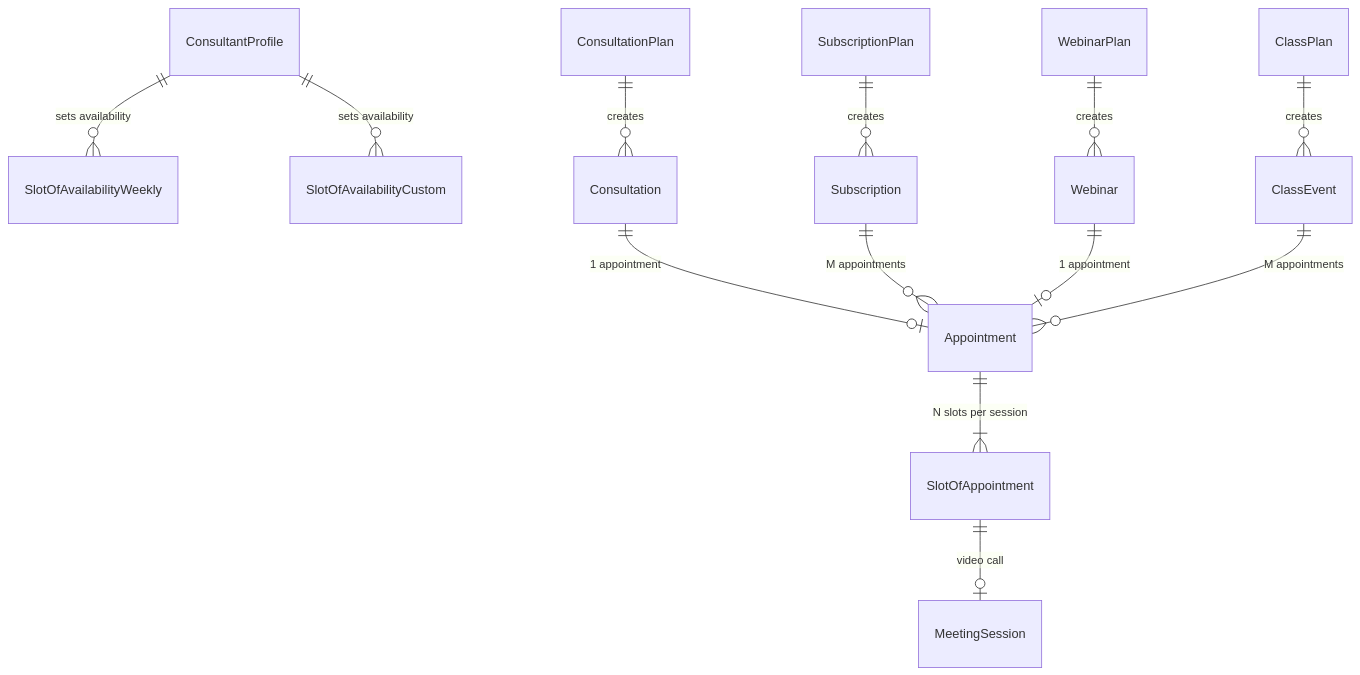
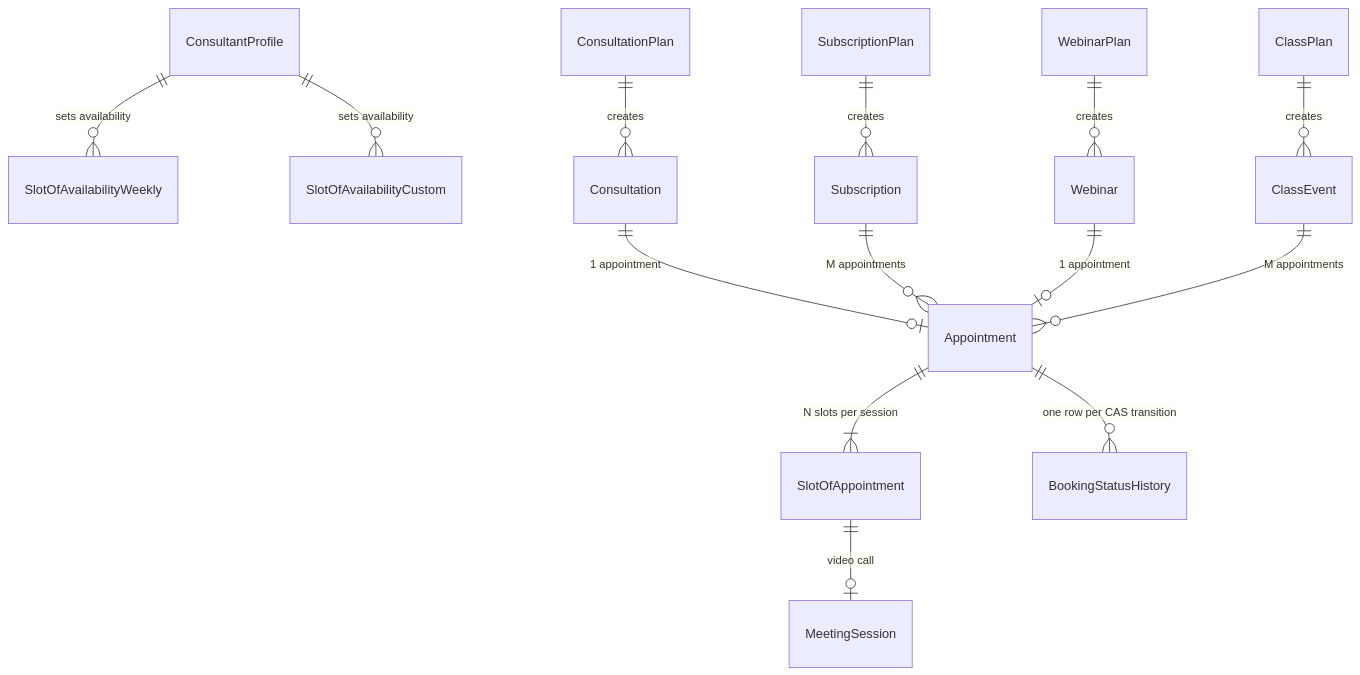
One commit to Practitionist/familiarise_web changed the sixth of 6 diagrams in docs/booking/06-dependency-graphs.md. Above: the diagram before and after it, drawn with Mermaid. The commit also changed other lines of this file and 25 other files, not shown here.

First line of the commit message:
docs(booking): wave-5 docs refresh — checklist, README, dependency graph, ADR 16 wording, superseded payment docs, dead-code sweep (#1335)

````diff
--- a/docs/booking/06-dependency-graphs.md
+++ b/docs/booking/06-dependency-graphs.md
@@ -326,18 +291,19 @@
 ```mermaid
 erDiagram
   ConsultantProfile ||--o{ SlotOfAvailabilityWeekly : "sets availability"
   ConsultantProfile ||--o{ SlotOfAvailabilityCustom : "sets availability"
 
   ConsultationPlan ||--o{ Consultation : creates
   SubscriptionPlan ||--o{ Subscription : creates
   WebinarPlan ||--o{ Webinar : creates
   ClassPlan ||--o{ ClassEvent : creates
 
   Consultation ||--o| Appointment : "1 appointment"
   Subscription ||--o{ Appointment : "M appointments"
   Webinar ||--o| Appointment : "1 appointment"
   ClassEvent ||--o{ Appointment : "M appointments"
 
   Appointment ||--|{ SlotOfAppointment : "N slots per session"
+  Appointment ||--o{ BookingStatusHistory : "one row per CAS transition"
   SlotOfAppointment ||--o| MeetingSession : "video call"
 ```
````
